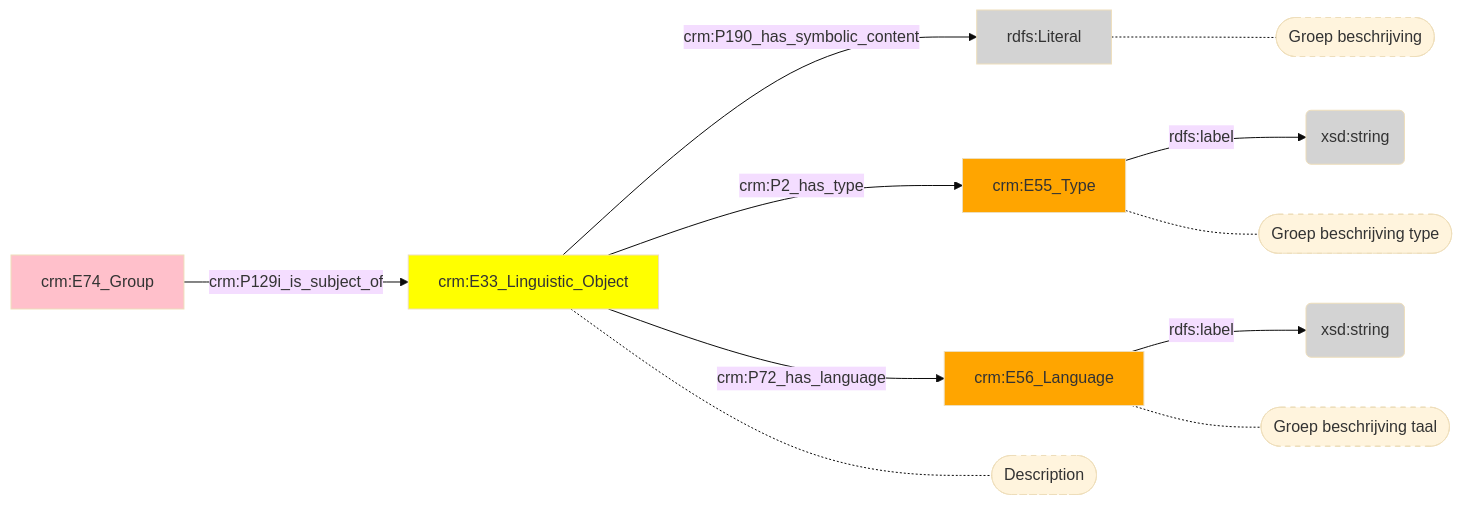
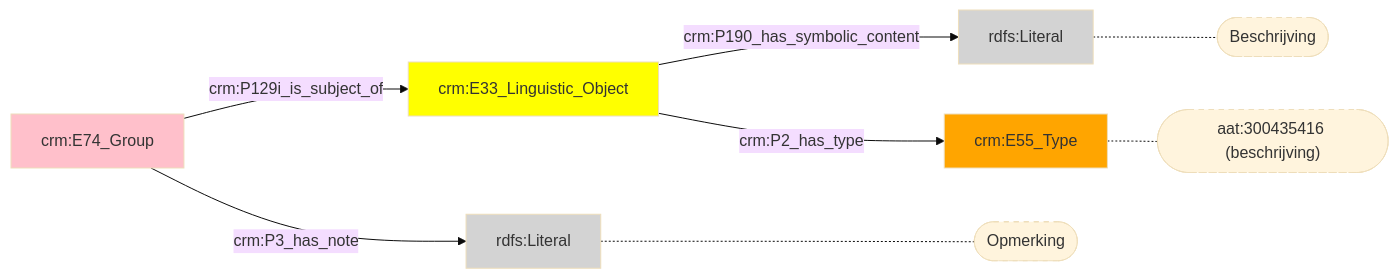
One commit to digipolisantwerpdocumentation/antwerp-cultureel-erfgoed changed the diagram in docs/content/modellen/Group/Inhoud.md. Above: the diagram before and after it, drawn with Mermaid (base theme). The commit also changed 170 other files, not shown here.

````diff
--- a/docs/content/modellen/Group/Inhoud.md
+++ b/docs/content/modellen/Group/Inhoud.md
@@ -1,24 +1,18 @@
 ```mermaid
 graph LR
-19ab4e7a-ee62-11ed-9232-00163e71351b["crm:E33_Linguistic_Object"]-->|"crm:P190_has_symbolic_content"|19ab555a-ee62-11ed-9232-00163e71351b(rdfs:Literal)
-19ab5776-ee62-11ed-9232-00163e71351b["crm:E55_Type"]-->|"rdfs:label"|19ab567c-ee62-11ed-9232-00163e71351b(xsd:string)
-19ab5938-ee62-11ed-9232-00163e71351b["crm:E56_Language"]-->|"rdfs:label"|19ab585c-ee62-11ed-9232-00163e71351b(xsd:string)
-1456bf2e-e37f-11ed-a1e6-00163e71351b["crm:E74_Group"]-->|"crm:P129i_is_subject_of"|19ab4e7a-ee62-11ed-9232-00163e71351b["crm:E33_Linguistic_Object"]
-19ab4e7a-ee62-11ed-9232-00163e71351b["crm:E33_Linguistic_Object"]-->|"crm:P2_has_type"|19ab5776-ee62-11ed-9232-00163e71351b["crm:E55_Type"]
-19ab4e7a-ee62-11ed-9232-00163e71351b["crm:E33_Linguistic_Object"]-->|"crm:P72_has_language"|19ab5938-ee62-11ed-9232-00163e71351b["crm:E56_Language"]
-19ab4e7a-ee62-11ed-9232-00163e71351b["crm:E33_Linguistic_Object"]-.-19ab4e7a-ee62-11ed-9232-00163e71351b_s(["Description"])
-19ab555a-ee62-11ed-9232-00163e71351b["rdfs:Literal"]-.-19ab555a-ee62-11ed-9232-00163e71351b_s(["Groep beschrijving"])
-19ab5776-ee62-11ed-9232-00163e71351b["crm:E55_Type"]-.-19ab5776-ee62-11ed-9232-00163e71351b_s(["Groep beschrijving type"])
-19ab5938-ee62-11ed-9232-00163e71351b["crm:E56_Language"]-.-19ab5938-ee62-11ed-9232-00163e71351b_s(["Groep beschrijving taal"])
-style 19ab4e7a-ee62-11ed-9232-00163e71351b_s stroke-dasharray: 5
-style 19ab555a-ee62-11ed-9232-00163e71351b_s stroke-dasharray: 5
-style 19ab5776-ee62-11ed-9232-00163e71351b_s stroke-dasharray: 5
-style 19ab5938-ee62-11ed-9232-00163e71351b_s stroke-dasharray: 5
 style 1456bf2e-e37f-11ed-a1e6-00163e71351b fill:#ffc0cb
 style 19ab4e7a-ee62-11ed-9232-00163e71351b fill:#ffff00
 style 19ab555a-ee62-11ed-9232-00163e71351b fill:#D3D3D3
-style 19ab567c-ee62-11ed-9232-00163e71351b fill:#D3D3D3
 style 19ab5776-ee62-11ed-9232-00163e71351b fill:#ffa500
-style 19ab585c-ee62-11ed-9232-00163e71351b fill:#D3D3D3
-style 19ab5938-ee62-11ed-9232-00163e71351b fill:#ffa500
+style 59ec6912-e37f-11ed-a1e6-00163e71351b fill:#D3D3D3
+1456bf2e-e37f-11ed-a1e6-00163e71351b["crm:E74_Group"]-->|"crm:P3_has_note"|59ec6912-e37f-11ed-a1e6-00163e71351b(rdfs:Literal)
+19ab4e7a-ee62-11ed-9232-00163e71351b["crm:E33_Linguistic_Object"]-->|"crm:P190_has_symbolic_content"|19ab555a-ee62-11ed-9232-00163e71351b(rdfs:Literal)
+1456bf2e-e37f-11ed-a1e6-00163e71351b["crm:E74_Group"]-->|"crm:P129i_is_subject_of"|19ab4e7a-ee62-11ed-9232-00163e71351b["crm:E33_Linguistic_Object"]
+19ab4e7a-ee62-11ed-9232-00163e71351b["crm:E33_Linguistic_Object"]-->|"crm:P2_has_type"|19ab5776-ee62-11ed-9232-00163e71351b["crm:E55_Type"]
+59ec6912-e37f-11ed-a1e6-00163e71351b["rdfs:Literal"]-.-59ec6912-e37f-11ed-a1e6-00163e71351b_s(["Opmerking"])
+19ab555a-ee62-11ed-9232-00163e71351b["rdfs:Literal"]-.-19ab555a-ee62-11ed-9232-00163e71351b_s(["Beschrijving"])
+19ab5776-ee62-11ed-9232-00163e71351b["crm:E55_Type"]-.-19ab5776-ee62-11ed-9232-00163e71351b_s(["aat:300435416 (beschrijving)"])
+style 59ec6912-e37f-11ed-a1e6-00163e71351b_s stroke-dasharray: 5
+style 19ab555a-ee62-11ed-9232-00163e71351b_s stroke-dasharray: 5
+style 19ab5776-ee62-11ed-9232-00163e71351b_s stroke-dasharray: 5
 ```
````
